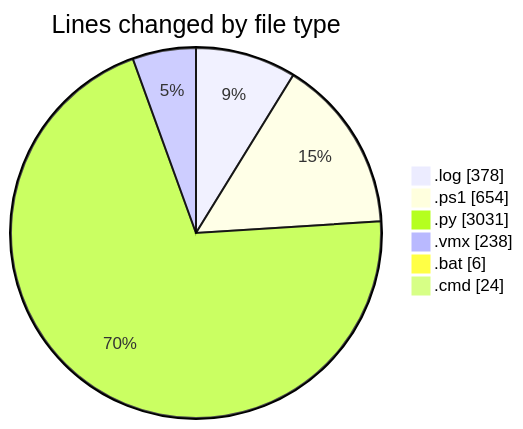
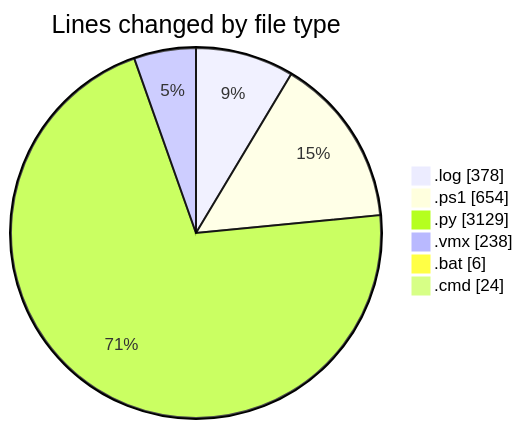
Before and after one commit to shibass792/code-tracking: the first of 2 diagrams in 2026-07-08/twenty_versions_aminor/README.md, drawn with Mermaid. The commit also changed other lines of this file and 1 other file, not shown here.

````diff
--- a/2026-07-08/twenty_versions_aminor/README.md
+++ b/2026-07-08/twenty_versions_aminor/README.md
@@ -33,10 +34,10 @@
 ```mermaid
 pie showData
 title Lines changed by file type
 ".log" : 378
 ".ps1" : 654
-".py" : 3031
+".py" : 3129
 ".vmx" : 238
 ".bat" : 6
 ".cmd" : 24
 ```
````
